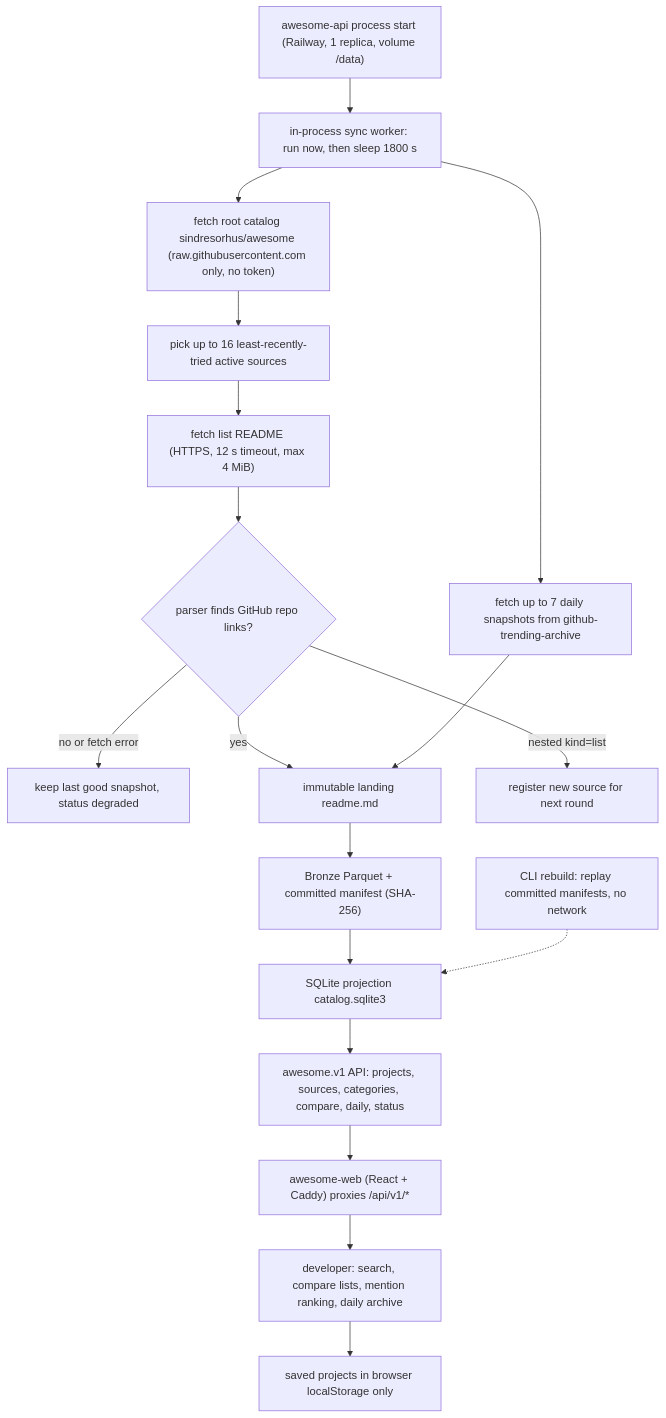
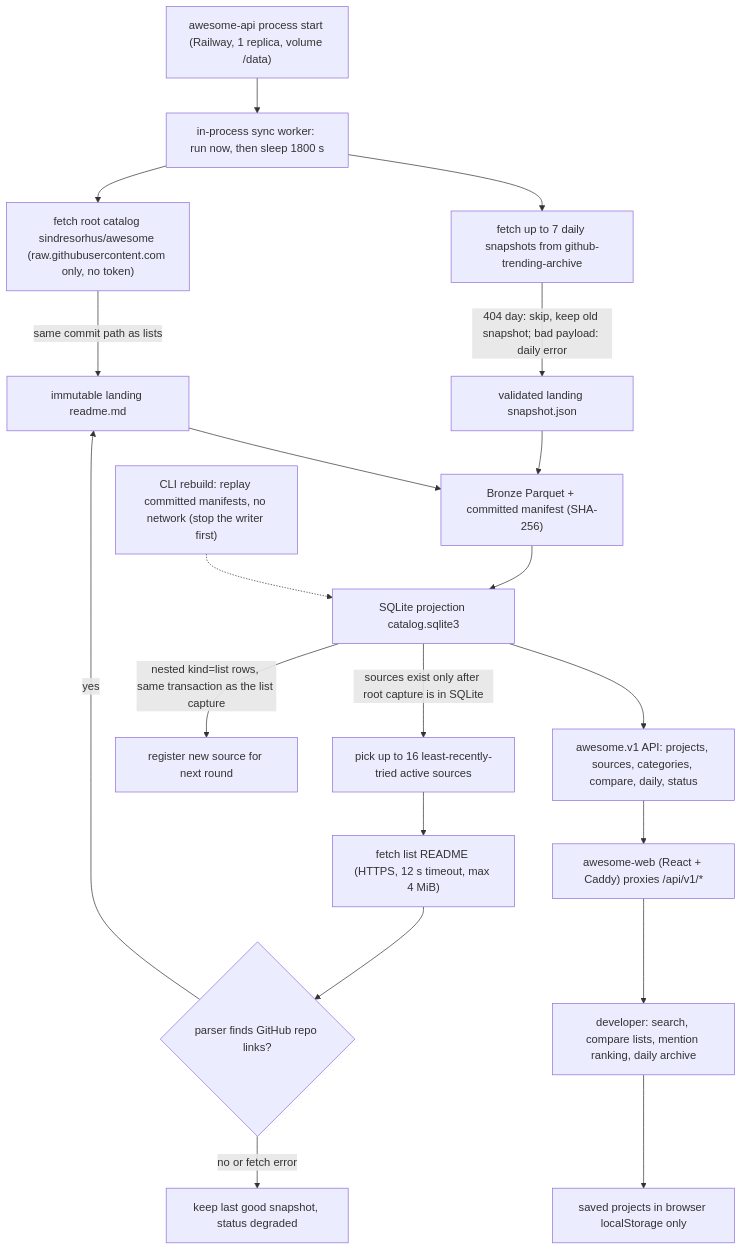
The first of 2 diagrams in docs/diagrams/01-business-process.md (bookchaowalit/devtools-awesome-atlas), drawn with Mermaid before and after one commit.

Commit message:
docs: correct As-Is/To-Be facts from review (01-business-process)

````diff
--- a/docs/diagrams/01-business-process.md
+++ b/docs/diagrams/01-business-process.md
@@ -9,20 +9,22 @@
 ```mermaid
 flowchart TD
   START["awesome-api process start (Railway, 1 replica, volume /data)"] --> WORKER["in-process sync worker: run now, then sleep 1800 s"]
   WORKER --> ROOT["fetch root catalog sindresorhus/awesome (raw.githubusercontent.com only, no token)"]
-  ROOT --> PICK["pick up to 16 least-recently-tried active sources"]
+  ROOT -->|same commit path as lists| LAND
+  SQLITE -->|sources exist only after root capture is in SQLite| PICK["pick up to 16 least-recently-tried active sources"]
   PICK --> FETCH["fetch list README (HTTPS, 12 s timeout, max 4 MiB)"]
   WORKER --> DAILY["fetch up to 7 daily snapshots from github-trending-archive"]
   FETCH --> PARSE{"parser finds GitHub repo links?"}
   PARSE -->|no or fetch error| KEEP["keep last good snapshot, status degraded"]
   PARSE -->|yes| LAND["immutable landing readme.md"]
-  DAILY --> LAND
+  DAILY -->|404 day: skip, keep old snapshot; bad payload: daily error| DLAND["validated landing snapshot.json"]
+  DLAND --> BRONZE
   LAND --> BRONZE["Bronze Parquet + committed manifest (SHA-256)"]
   BRONZE --> SQLITE["SQLite projection catalog.sqlite3"]
-  PARSE -->|nested kind=list| REGSRC["register new source for next round"]
+  SQLITE -->|nested kind=list rows, same transaction as the list capture| REGSRC["register new source for next round"]
   SQLITE --> API["awesome.v1 API: projects, sources, categories, compare, daily, status"]
   API --> WEB["awesome-web (React + Caddy) proxies /api/v1/*"]
   WEB --> USER["developer: search, compare lists, mention ranking, daily archive"]
   USER --> SAVED["saved projects in browser localStorage only"]
-  CLI["CLI rebuild: replay committed manifests, no network"] -.-> SQLITE
+  CLI["CLI rebuild: replay committed manifests, no network (stop the writer first)"] -.-> SQLITE
 ```
````
